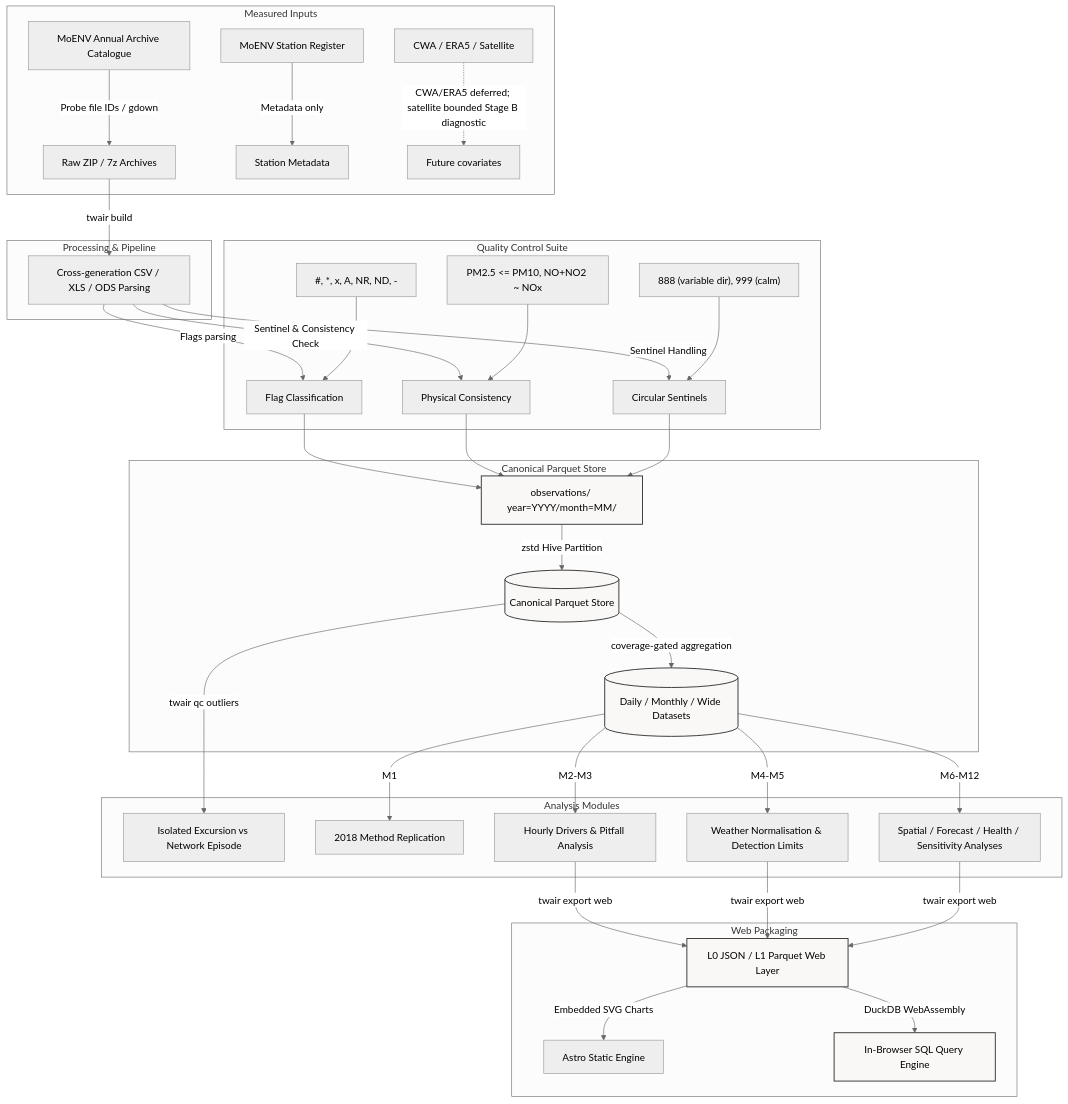
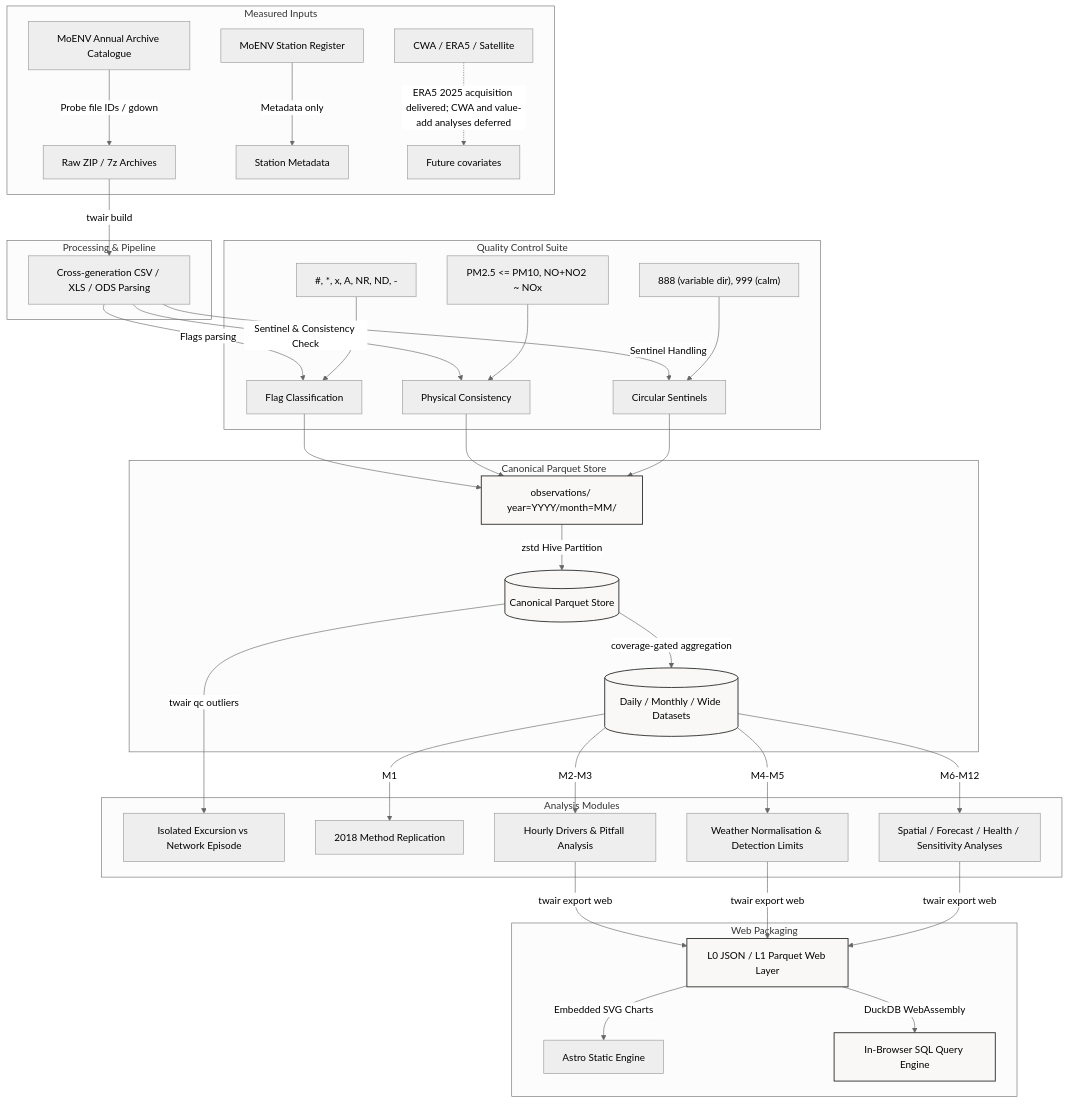
Before and after one commit to kuotunyu/air-quality: the diagram in README.en.md, drawn with Mermaid (neutral theme). The commit also changed other lines of this file and 7 other files, not shown here.

First line of the commit message:
Record the boundary between ERA5 acquisition and analysis

````diff
--- a/README.en.md
+++ b/README.en.md
@@ -71,44 +71,44 @@
 ```mermaid
 flowchart TD
     subgraph Data Sources [Measured Inputs]
         A[MoENV Annual Archive Catalogue] -->|Probe file IDs / gdown| D[Raw ZIP / 7z Archives]
         B[MoENV Station Register] -->|Metadata only| S[Station Metadata]
-        C[CWA / ERA5 / Satellite] -.->|CWA/ERA5 deferred; satellite bounded Stage B diagnostic| X[Future covariates]
+        C[CWA / ERA5 / Satellite] -.->|ERA5 2025 acquisition delivered; CWA and value-add analyses deferred| X[Future covariates]
     end
 
     subgraph Ingestion [Processing & Pipeline]
         D -->|twair build| G[Cross-generation CSV / XLS / ODS Parsing]
     end
 
     subgraph QC [Quality Control Suite]
         G -->|Flags parsing| H[Flag Classification]
         H_flag["#, *, x, A, NR, ND, -"] --> H
         G -->|Sentinel & Consistency Check| I[Physical Consistency]
         I_check["PM2.5 <= PM10, NO+NO2 ~ NOx"] --> I
         G -->|Sentinel Handling| J[Circular Sentinels]
         J_set["888 (variable dir), 999 (calm)"] --> J
     end
 
     subgraph Storage [Canonical Parquet Store]
         H & I & J --> K[observations/ year=YYYY/month=MM/]
         K -->|zstd Hive Partition| L[(Canonical Parquet Store)]
         L -->|coverage-gated aggregation| M[(Daily / Monthly / Wide Datasets)]
     end
 
     subgraph Analytics [Analysis Modules]
         L -->|twair qc outliers| N_out[Isolated Excursion vs Network Episode]
         M -->|M1| N[2018 Method Replication]
         M -->|M2-M3| O[Hourly Drivers & Pitfall Analysis]
         M -->|M4-M5| P[Weather Normalisation & Detection Limits]
         M -->|M6-M12| T[Spatial / Forecast / Health / Sensitivity Analyses]
     end
 
     subgraph Export [Web Packaging]
         O & P & T -->|twair export web| Q_json[L0 JSON / L1 Parquet Web Layer]
         Q_json -->|Embedded SVG Charts| R_astro[Astro Static Engine]
         Q_json -->|DuckDB WebAssembly| S_wasm[In-Browser SQL Query Engine]
     end
 
     classDef tech fill:#f9f8f6,stroke:#333,stroke-width:1.5px;
     class K,L,M,Q_json,S_wasm tech;
 ```
````
